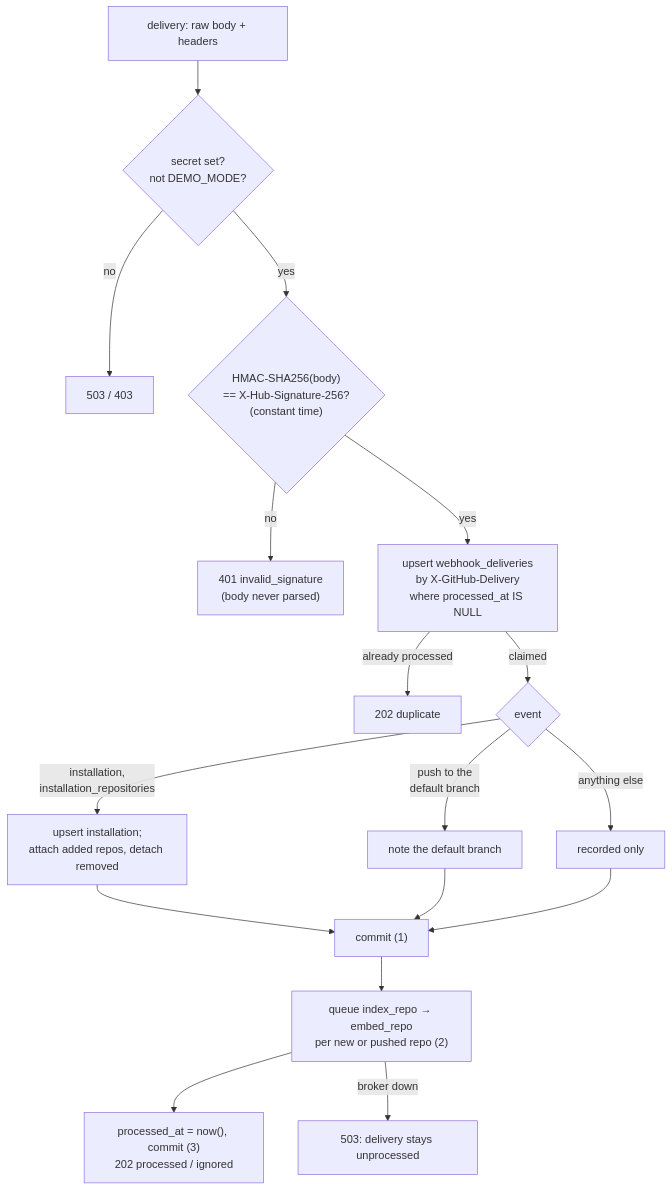
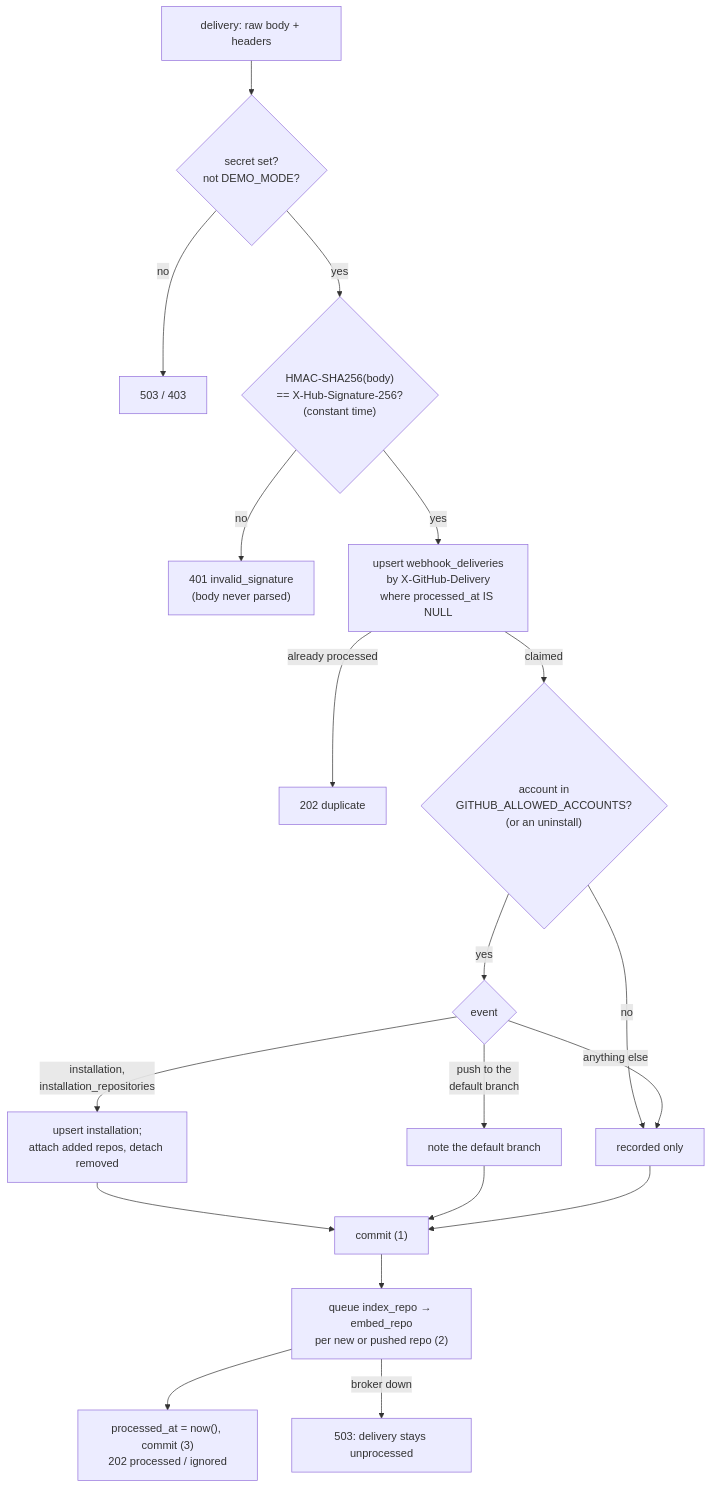
Before and after one commit to RAIF-KARANI/codelens: the ninth of 12 diagrams in architecture.md, drawn with Mermaid. The commit also changed other lines of this file and 11 other files, not shown here.

````diff
--- a/architecture.md
+++ b/architecture.md
@@ -1012,19 +1013,21 @@
 ```mermaid
 flowchart TB
     IN["delivery: raw body + headers"] --> CFG{"secret set?<br/>not DEMO_MODE?"}
     CFG -- no --> R503["503 / 403"]
     CFG -- yes --> SIG{"HMAC-SHA256(body)<br/>== X-Hub-Signature-256?<br/>(constant time)"}
     SIG -- no --> R401["401 invalid_signature<br/>(body never parsed)"]
     SIG -- yes --> CLAIM["upsert webhook_deliveries<br/>by X-GitHub-Delivery<br/>where processed_at IS NULL"]
     CLAIM -- "already processed" --> DUP["202 duplicate"]
-    CLAIM -- claimed --> EV{"event"}
+    CLAIM -- claimed --> ALLOW{"account in<br/>GITHUB_ALLOWED_ACCOUNTS?<br/>(or an uninstall)"}
+    ALLOW -- no --> IGN
+    ALLOW -- yes --> EV{"event"}
     EV -- "installation,<br/>installation_repositories" --> INST["upsert installation;<br/>attach added repos, detach removed"]
     EV -- "push to the<br/>default branch" --> PUSH["note the default branch"]
     EV -- "anything else" --> IGN["recorded only"]
     INST --> COMMIT["commit (1)"]
     PUSH --> COMMIT
     IGN --> COMMIT
     COMMIT --> JOBS["queue index_repo → embed_repo<br/>per new or pushed repo (2)"]
     JOBS --> DONE["processed_at = now(), commit (3)<br/>202 processed / ignored"]
     JOBS -- "broker down" --> R503Q["503: delivery stays unprocessed"]
 ```
````
